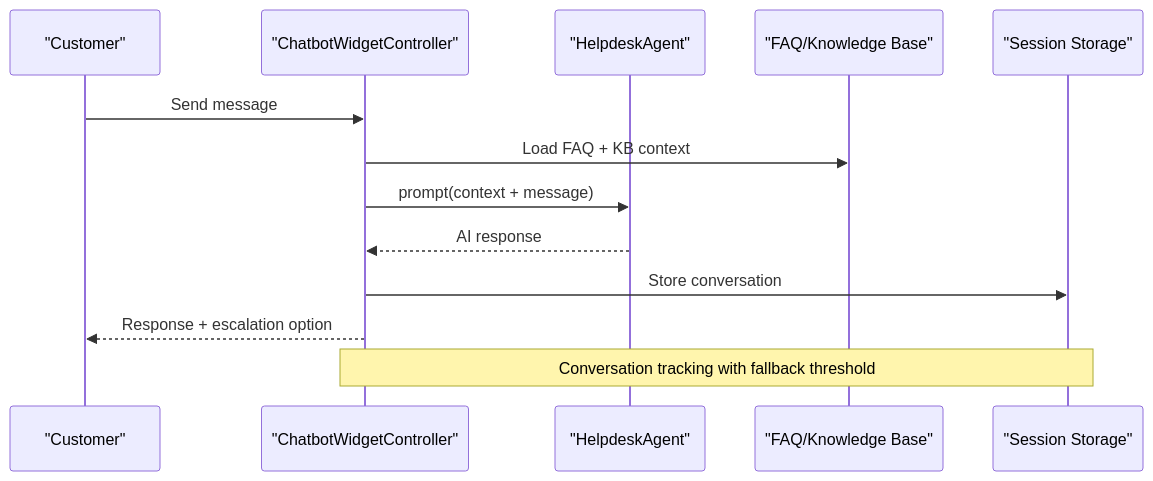
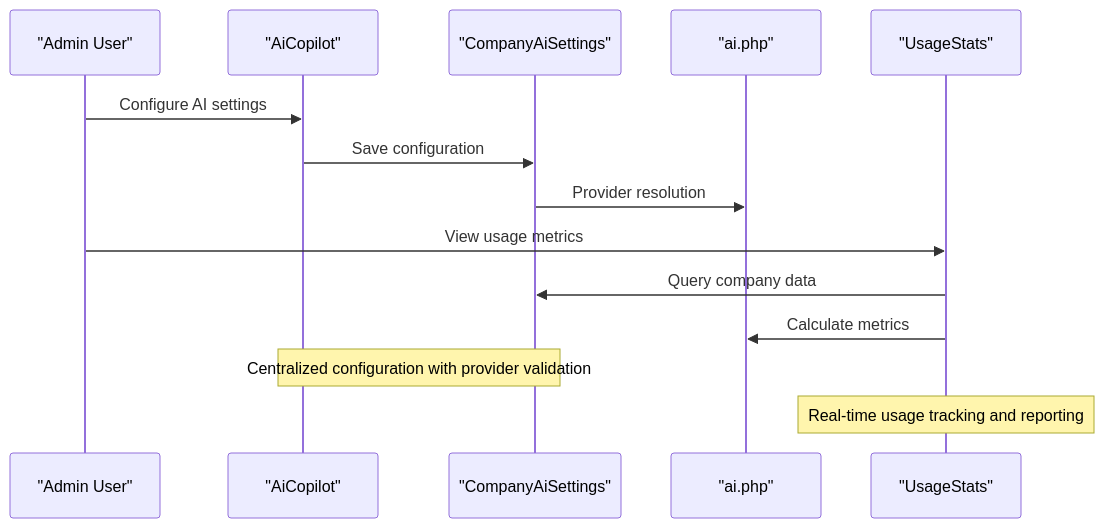
The second of 12 diagrams in .qoder/repowiki/en/content/AI Integration/AI Integration.md (younesgamer68/helpdesk-system), drawn with Mermaid before and after one commit. The commit also changed other lines of this file and 12 other files, not shown here.

````diff
--- a/.qoder/repowiki/en/content/AI Integration/AI Integration.md
+++ b/.qoder/repowiki/en/content/AI Integration/AI Integration.md
@@ -122,15 +161,16 @@
 ```mermaid
 sequenceDiagram
-participant C as "Customer"
-participant W as "ChatbotWidgetController"
-participant A as "HelpdeskAgent"
-participant F as "FAQ/Knowledge Base"
-participant S as "Session Storage"
-C->>W : Send message
-W->>F : Load FAQ + KB context
-W->>A : prompt(context + message)
-A-->>W : AI response
-W->>S : Store conversation
-W-->>C : Response + escalation option
-Note over W,S : Conversation tracking with fallback threshold
+participant Admin as "Admin User"
+participant Copilot as "AiCopilot"
+participant Settings as "CompanyAiSettings"
+participant Config as "ai.php"
+participant Analytics as "UsageStats"
+Admin->>Copilot : Configure AI settings
+Copilot->>Settings : Save configuration
+Settings->>Config : Provider resolution
+Admin->>Analytics : View usage metrics
+Analytics->>Settings : Query company data
+Analytics->>Config : Calculate metrics
+Note over Copilot,Settings : Centralized configuration with provider validation
+Note over Analytics : Real-time usage tracking and reporting
 ```
````
